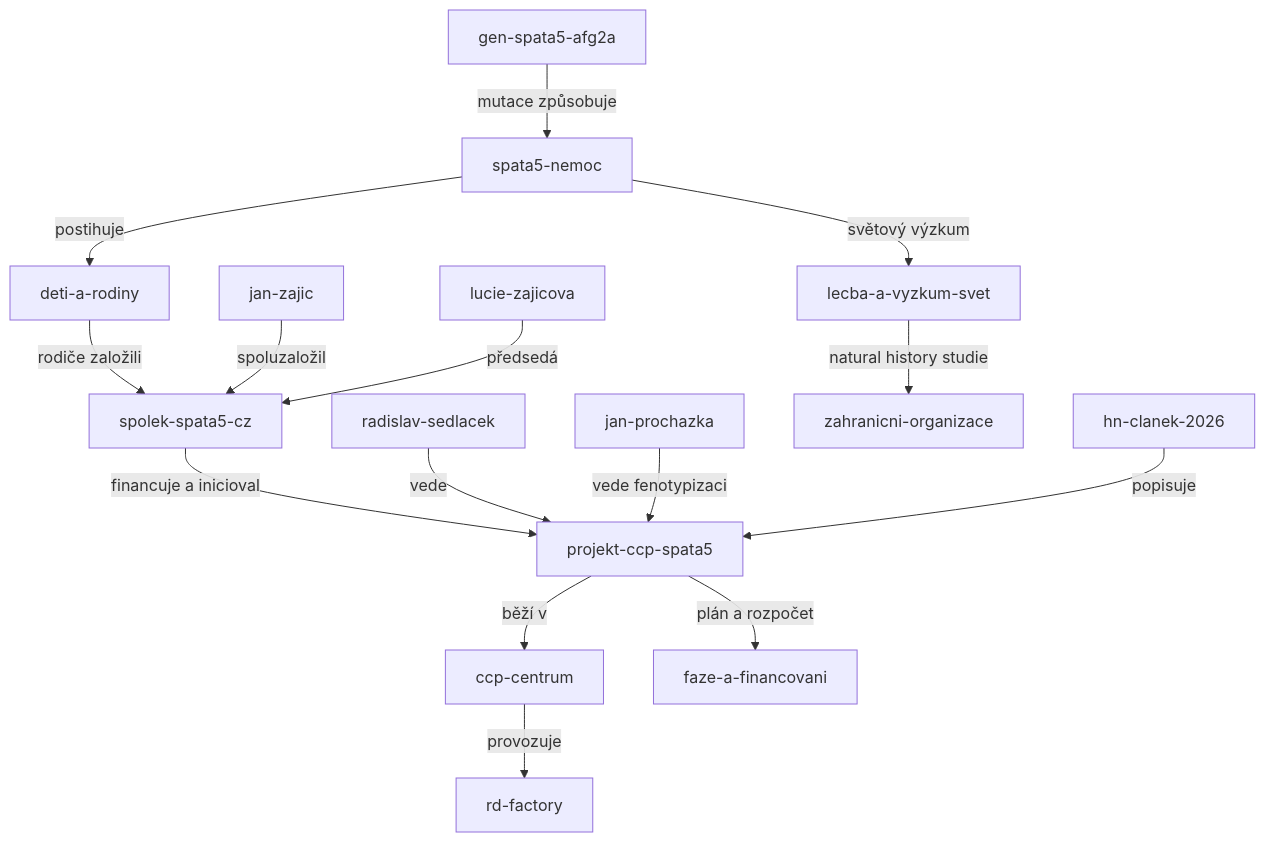
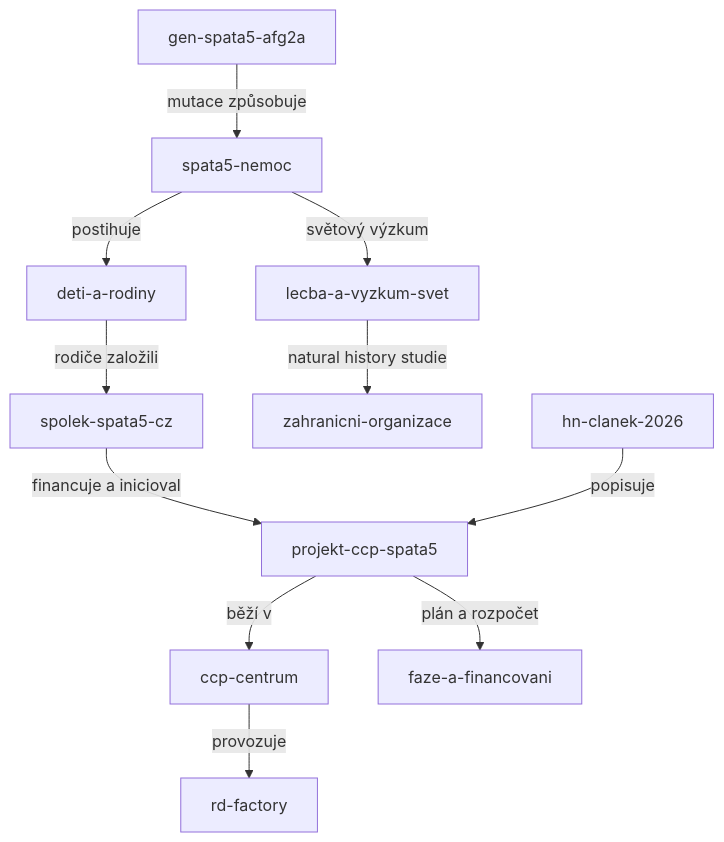
One commit to pnovot9/TBS_SPATA5 changed the diagram in data/INDEX.md. Above: the diagram before and after it, drawn with Mermaid. The commit also changed other lines of this file and 38 other files, not shown here.

````diff
--- a/data/INDEX.md
+++ b/data/INDEX.md
@@ -55,17 +48,13 @@
 ```mermaid
 graph TD
     GEN[gen-spata5-afg2a] -->|mutace způsobuje| NEMOC[spata5-nemoc]
     NEMOC -->|postihuje| DETI[deti-a-rodiny]
     DETI -->|rodiče založili| SPOLEK[spolek-spata5-cz]
     SPOLEK -->|financuje a inicioval| PROJEKT[projekt-ccp-spata5]
     PROJEKT -->|běží v| CCP[ccp-centrum]
-    SEDLACEK[radislav-sedlacek] -->|vede| PROJEKT
-    PROCHAZKA[jan-prochazka] -->|vede fenotypizaci| PROJEKT
-    ZAJIC[jan-zajic] -->|spoluzaložil| SPOLEK
-    ZAJICOVA[lucie-zajicova] -->|předsedá| SPOLEK
     CCP -->|provozuje| RDF[rd-factory]
     PROJEKT -->|plán a rozpočet| FAZE[faze-a-financovani]
     NEMOC -->|světový výzkum| SVET[lecba-a-vyzkum-svet]
     SVET -->|natural history studie| ZAHR[zahranicni-organizace]
     HN[hn-clanek-2026] -->|popisuje| PROJEKT
 ```
````
